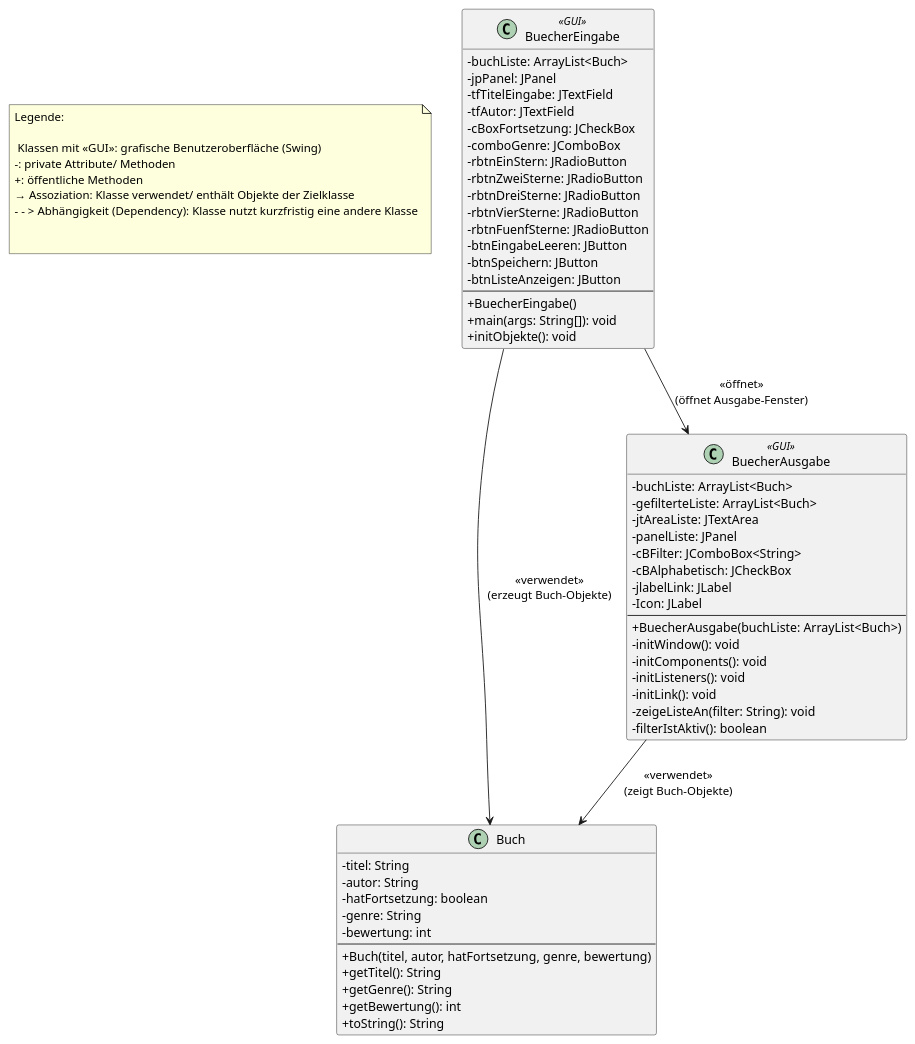
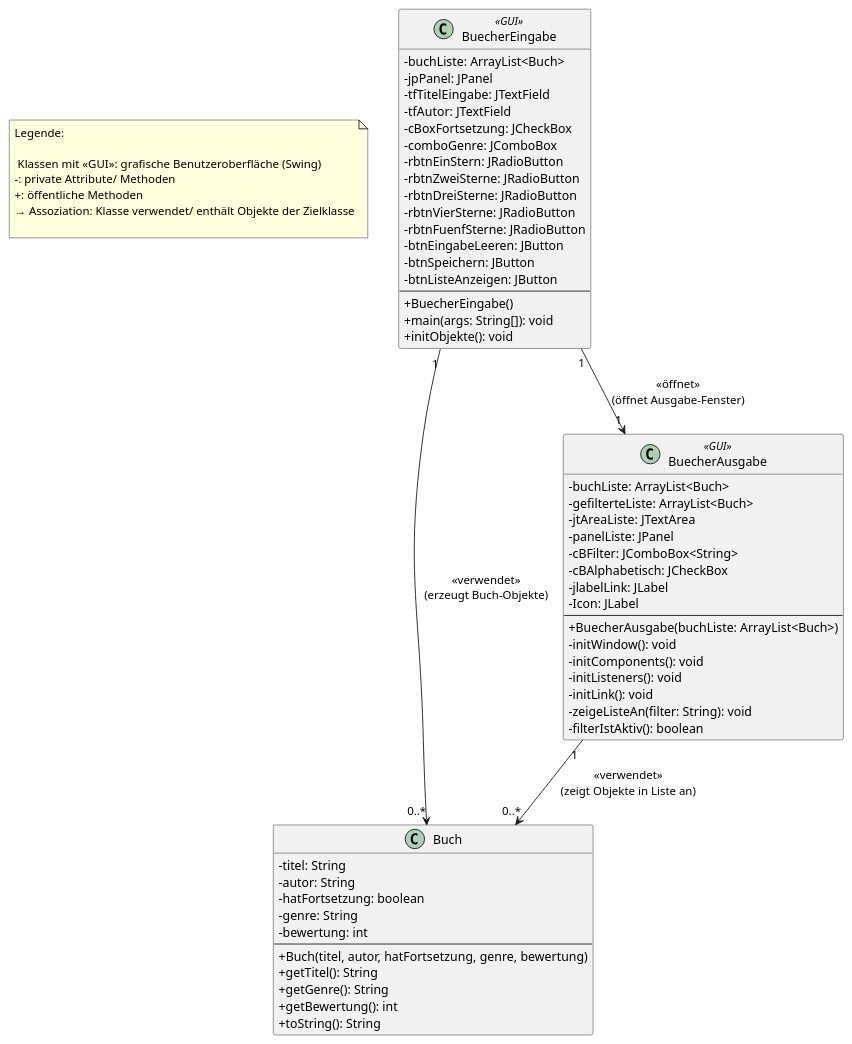
Before and after one commit to anikasophie/Booktopia_AnikaZoe: the diagram in src/main/resources/UML mit GUI.puml, drawn with PlantUML.

Commit message:
kleine Verbesserung * Kardinalitäten UML

```diff
--- a/src/main/resources/UML mit GUI.puml
+++ b/src/main/resources/UML mit GUI.puml
@@ -1,76 +1,76 @@
 @startuml
 skinparam classAttributeIconSize 0
 
 ' Legende als Notiz
 note as L1
 Legende:
 
  Klassen mit «GUI»: grafische Benutzeroberfläche (Swing)
 -: private Attribute/ Methoden
 +: öffentliche Methoden
 → Assoziation: Klasse verwendet/ enthält Objekte der Zielklasse
-- - > Abhängigkeit (Dependency): Klasse nutzt kurzfristig eine andere Klasse
-
 
 end note
 
 class Buch {
   - titel: String
   - autor: String
   - hatFortsetzung: boolean
   - genre: String
   - bewertung: int
   --
   + Buch(titel, autor, hatFortsetzung, genre, bewertung)
   + getTitel(): String
   + getGenre(): String
   + getBewertung(): int
   + toString(): String
 }
 
 class BuecherEingabe <<GUI>> {
   - buchListe: ArrayList<Buch>
   - jpPanel: JPanel
   - tfTitelEingabe: JTextField
   - tfAutor: JTextField
   - cBoxFortsetzung: JCheckBox
   - comboGenre: JComboBox
   - rbtnEinStern: JRadioButton
   - rbtnZweiSterne: JRadioButton
   - rbtnDreiSterne: JRadioButton
   - rbtnVierSterne: JRadioButton
   - rbtnFuenfSterne: JRadioButton
   - btnEingabeLeeren: JButton
   - btnSpeichern: JButton
   - btnListeAnzeigen: JButton
   --
   + BuecherEingabe()
   + main(args: String[]): void
   + initObjekte(): void
 }
 
 class BuecherAusgabe <<GUI>> {
   - buchListe: ArrayList<Buch>
   - gefilterteListe: ArrayList<Buch>
   - jtAreaListe: JTextArea
   - panelListe: JPanel
   - cBFilter: JComboBox<String>
   - cBAlphabetisch: JCheckBox
   - jlabelLink: JLabel
   - Icon: JLabel
   --
   + BuecherAusgabe(buchListe: ArrayList<Buch>)
   - initWindow(): void
   - initComponents(): void
   - initListeners(): void
   - initLink(): void
   - zeigeListeAn(filter: String): void
   - filterIstAktiv(): boolean
 }
 
 ' Beziehungen
-BuecherEingabe --> Buch       : «verwendet»\n(erzeugt Buch-Objekte)
-BuecherAusgabe --> Buch       : «verwendet»\n(zeigt Buch-Objekte)
-BuecherEingabe --> BuecherAusgabe : «öffnet»\n(öffnet Ausgabe-Fenster)
+BuecherEingabe "1" --> "0..*" Buch       : «verwendet»\n(erzeugt Buch-Objekte)
+BuecherAusgabe "1" --> "0..*" Buch       : «verwendet»\n(zeigt Objekte in Liste an)
+BuecherEingabe "1" --> "1" BuecherAusgabe : «öffnet»\n(öffnet Ausgabe-Fenster)
+
+
 
 @enduml
```
